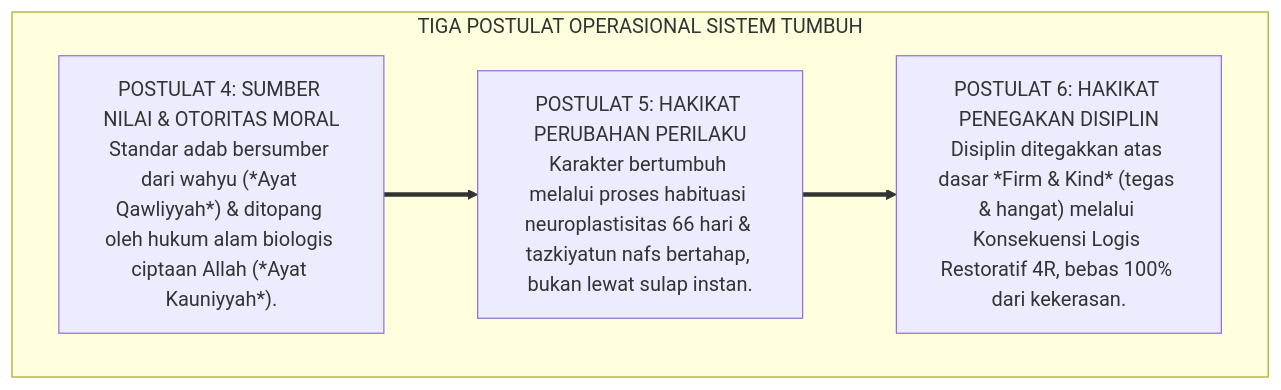
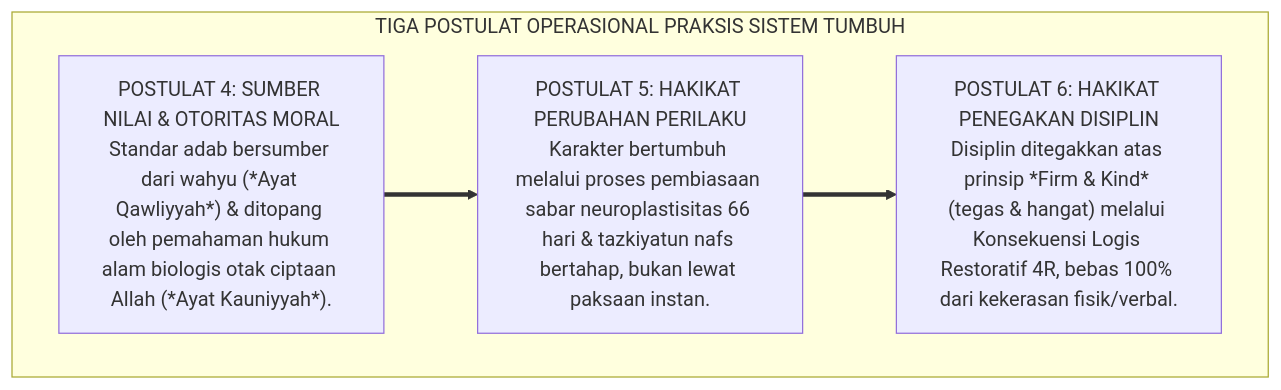
The first of 3 diagrams in BOOK-SERIES/Volume-01/Bab-05-Sepuluh-Jawaban-Filosofis-Ekosistem-TUMBUH/02-Postulat-4-sd-6-Sumber-Nilai-Perubahan-Disiplin.md (wandiapriliyandi/tumbuh), drawn with Mermaid before and after one commit. The commit also changed other lines of this file and 24 other files, not shown here.

Commit message:
feat(book-01): perkaya dan perdalam seluruh isi subbab bab 02 s.d. 07 dengan elaborasi komprehensif, analisis mendalam, dan diagram alur lengkap

````diff
--- a/BOOK-SERIES/Volume-01/Bab-05-Sepuluh-Jawaban-Filosofis-Ekosistem-TUMBUH/02-Postulat-4-sd-6-Sumber-Nilai-Perubahan-Disiplin.md
+++ b/BOOK-SERIES/Volume-01/Bab-05-Sepuluh-Jawaban-Filosofis-Ekosistem-TUMBUH/02-Postulat-4-sd-6-Sumber-Nilai-Perubahan-Disiplin.md
@@ -20,12 +20,12 @@
 ```mermaid
 graph TD
-    subgraph TigaMesinOperasional["TIGA POSTULAT OPERASIONAL SISTEM TUMBUH"]
-        P4["POSTULAT 4: SUMBER NILAI & OTORITAS MORAL<br/>Standar adab bersumber dari wahyu (*Ayat Qawliyyah*) & ditopang oleh hukum alam biologis ciptaan Allah (*Ayat Kauniyyah*)."]
+    subgraph TigaMesinOperasional["TIGA POSTULAT OPERASIONAL PRAKSIS SISTEM TUMBUH"]
+        P4["POSTULAT 4: SUMBER NILAI & OTORITAS MORAL<br/>Standar adab bersumber dari wahyu (*Ayat Qawliyyah*) & ditopang oleh pemahaman hukum alam biologis otak ciptaan Allah (*Ayat Kauniyyah*)."]
         
-        P5["POSTULAT 5: HAKIKAT PERUBAHAN PERILAKU<br/>Karakter bertumbuh melalui proses habituasi neuroplastisitas 66 hari & tazkiyatun nafs bertahap, bukan lewat sulap instan."]
+        P5["POSTULAT 5: HAKIKAT PERUBAHAN PERILAKU<br/>Karakter bertumbuh melalui proses pembiasaan sabar neuroplastisitas 66 hari & tazkiyatun nafs bertahap, bukan lewat paksaan instan."]
         
-        P6["POSTULAT 6: HAKIKAT PENEGAKAN DISIPLIN<br/>Disiplin ditegakkan atas dasar *Firm & Kind* (tegas & hangat) melalui Konsekuensi Logis Restoratif 4R, bebas 100% dari kekerasan."]
+        P6["POSTULAT 6: HAKIKAT PENEGAKAN DISIPLIN<br/>Disiplin ditegakkan atas prinsip *Firm & Kind* (tegas & hangat) melalui Konsekuensi Logis Restoratif 4R, bebas 100% dari kekerasan fisik/verbal."]
         
         P4 ==> P5 ==> P6
     end
 ```
````
